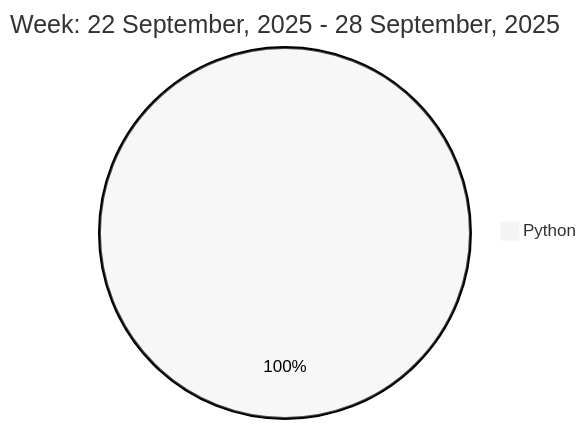
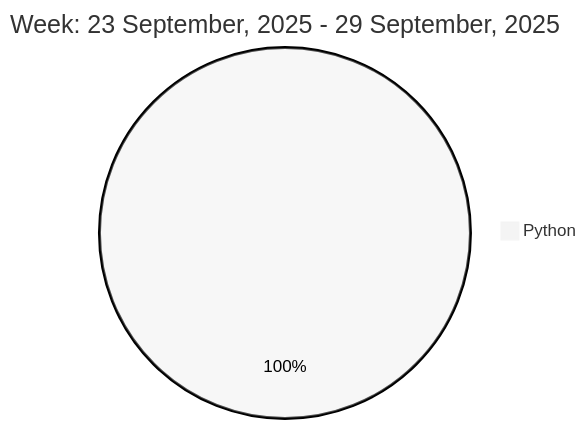
One commit to liubin95/liubin95 changed the diagram in README.md. Above: the diagram before and after it, drawn with Mermaid (neutral theme).

Commit message:
Updated the Graph with new Metrics

````diff
--- a/README.md
+++ b/README.md
@@ -37,5 +37,5 @@
 ```mermaid
  pie
-title Week: 22 September, 2025 - 28 September, 2025
- "Python" : 1.52
+title Week: 23 September, 2025 - 29 September, 2025
+ "Python" : 2.02
 ```
````
